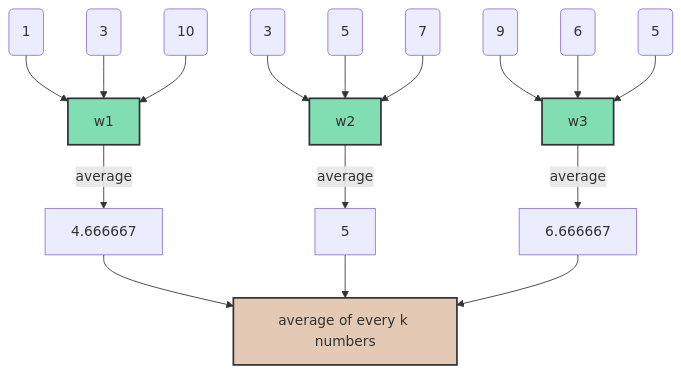
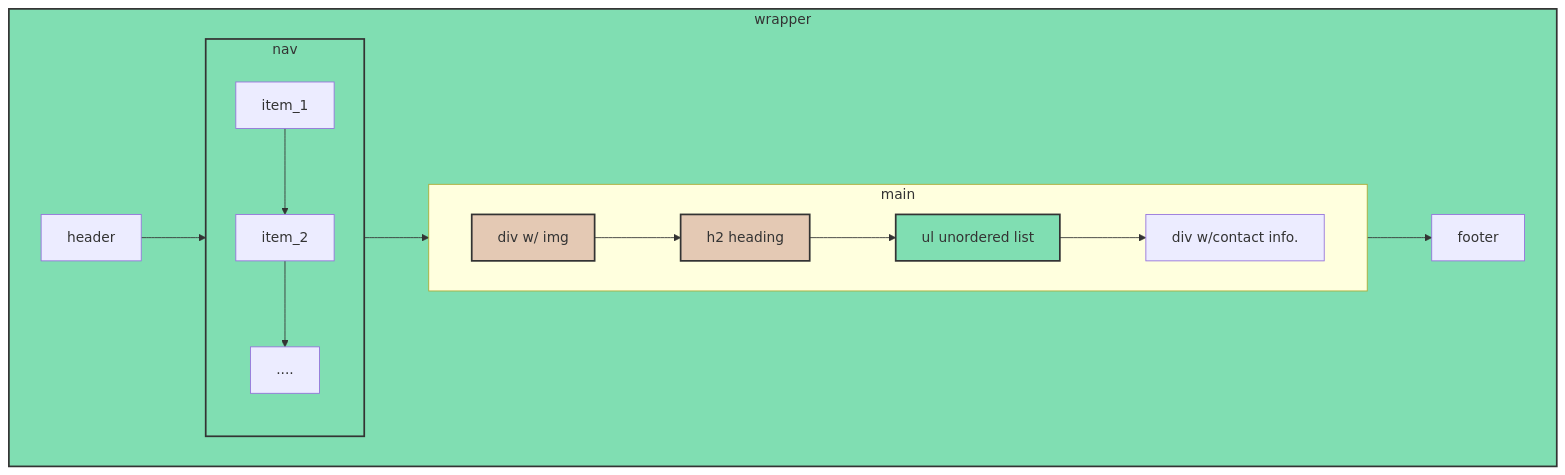
The diagram in yoga_3.qmd (remjw/webp), drawn with Mermaid before and after one commit. The commit also changed other lines of this file and 10 other files, not shown here.

````diff
--- a/yoga_3.qmd
+++ b/yoga_3.qmd
@@ -18,15 +43,24 @@
 ```{mermaid}
-graph TB
-    a(1)-->w1; b(3)-->w1; c(10)-->w1;
-    w1-->|average|a1[4.666667];
-    d(3)-->w2; e(5)-->w2; f(7)-->w2;
-    w2-->|average|a2[5];
-    g(9)-->w3; h(6)-->w3; i(5)-->w3;
-    w3-->|average|a3[6.666667];
-    a1-->s1[average of every k numbers];a2-->s1;a3-->s1;
-    style w1 fill:#80deb2,stroke:#333,stroke-width:2px
-    style w2 fill:#80deb2,stroke:#333,stroke-width:2px
-    style w3 fill:#80deb2,stroke:#333,stroke-width:2px
-    style s1 fill:#e4c9b4,stroke:#333,stroke-width:2px  
+flowchart TD
+  subgraph wrapper
+  e2[header];e8[footer];
+    e2-->nav-->main-->e8
+  end
+  subgraph nav
+  i1[item_1]-->i2[item_2]-->i3[....]
+  end
+  subgraph main
+  e4[div w/ img]; 
+  e5[h2 heading];
+  e6[ul unordered list];
+  e7[div w/contact info.]; 
+  e4-->e5-->e6-->e7;
+  end
+  
+  style wrapper fill:#80deb2,stroke:#333,stroke-width:2px
+    style e6 fill:#80deb2,stroke:#333,stroke-width:2px
+    style nav fill:#80deb2,stroke:#333,stroke-width:2px
+    style e4  fill:#e4c9b4,stroke:#333,stroke-width:2px  
+    style e5 fill:#e4c9b4,stroke:#333,stroke-width:2px  
 
 ```
````
